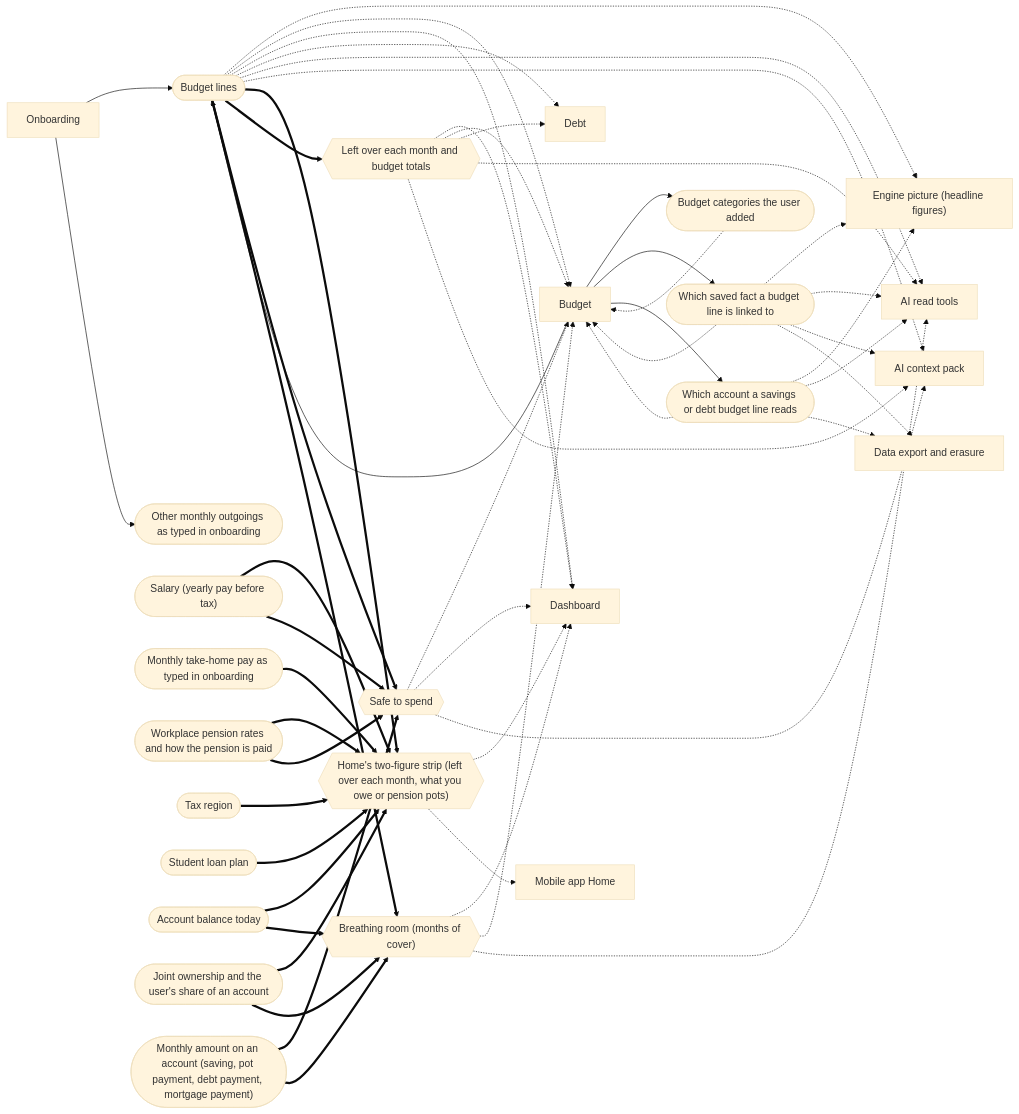
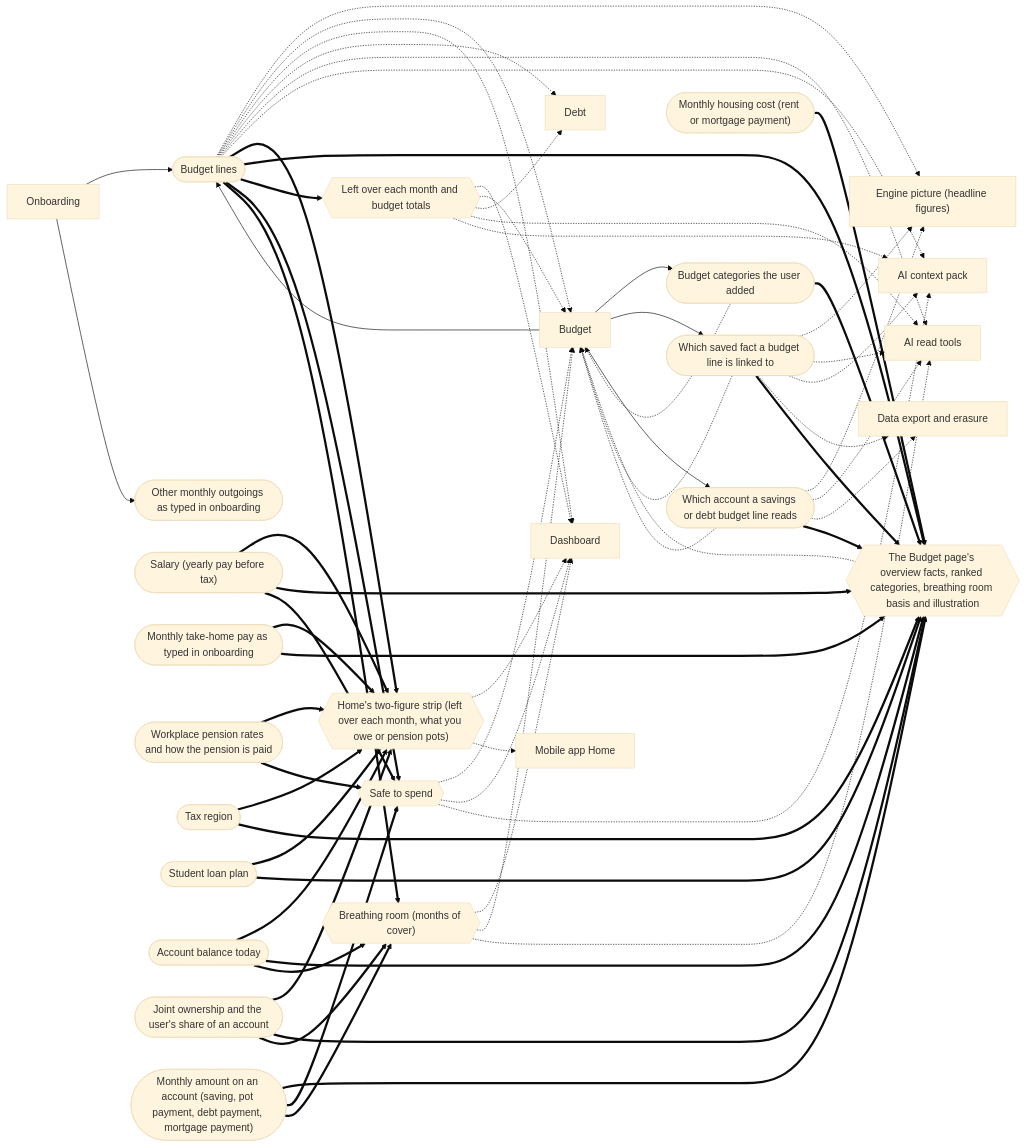
The fifth of 8 diagrams in docs/system/generated/connections.md (mgallagher56/flump), drawn with Mermaid (base theme) before and after one commit. The commit also changed 12 other files, not shown here.

Commit message:
refactor(web): the Budget page calls the engine's overview, ranking, page rows, source lines, basis and illustration; web's copies and income.ts are deleted, and the characterisation tests pass with only their imports changed (E12 S10)

```diff
--- a/docs/system/generated/connections.md
+++ b/docs/system/generated/connections.md
@@ -518,6 +518,22 @@
   f_ownership_share ==> g_home_strip
   g_home_strip -.-> s_dashboard
   g_home_strip -.-> s_mobile_home
+  g_budget_page{{"The Budget page's overview facts, ranked categories, breathing room basis and illustration"}}
+  f_budget_entries ==> g_budget_page
+  f_budget_entry_link_kind ==> g_budget_page
+  f_budget_entry_link_account ==> g_budget_page
+  f_custom_budget_categories ==> g_budget_page
+  f_salary ==> g_budget_page
+  f_typed_take_home ==> g_budget_page
+  f_tax_region ==> g_budget_page
+  f_student_loan_plan ==> g_budget_page
+  f_housing_cost(["Monthly housing cost (rent or mortgage payment)"])
+  f_housing_cost ==> g_budget_page
+  f_account_balance ==> g_budget_page
+  f_account_monthly_amount(["Monthly amount on an account (saving, pot payment, debt payment, mortgage payment)"])
+  f_account_monthly_amount ==> g_budget_page
+  f_ownership_share ==> g_budget_page
+  g_budget_page -.-> s_budget
   g_left_over{{"Left over each month and budget totals"}}
   f_budget_entries ==> g_left_over
   g_left_over -.-> s_dashboard
@@ -529,7 +545,6 @@
   f_salary ==> g_safe_to_spend
   f_pension_rates ==> g_safe_to_spend
   f_budget_entries ==> g_safe_to_spend
-  f_account_monthly_amount(["Monthly amount on an account (saving, pot payment, debt payment, mortgage payment)"])
   f_account_monthly_amount ==> g_safe_to_spend
   g_safe_to_spend -.-> s_budget
   g_safe_to_spend -.-> s_dashboard
```
